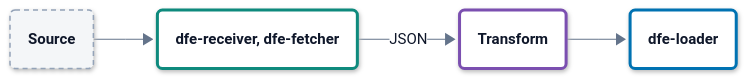
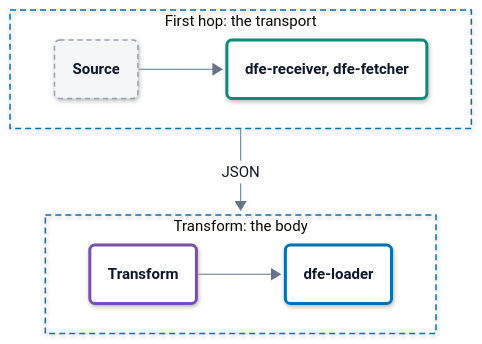
Before and after one commit to hyperi-io/dfe-infra: the diagram in docs/design-principles.md, drawn with Mermaid. The commit also changed other lines of this file and 17 other files, not shown here.

First line of the commit message:
docs(architecture): map suite in architecture.md and fit charts to 860 px (#1152)

````diff
--- a/docs/design-principles.md
+++ b/docs/design-principles.md
@@ -52,75 +52,80 @@
 ```mermaid
 ---
 config:
   theme: base
   look: neo
   fontFamily: Inter, -apple-system, Segoe UI, Roboto, Helvetica, Arial, sans-serif
   flowchart:
     curve: linear
     nodeSpacing: 40
     rankSpacing: 64
     padding: 18
     wrappingWidth: 280
     htmlLabels: true
   elk:
     preset: modelOrder
   themeVariables:
     fontSize: 15px
     lineColor: "#64748B"
     primaryTextColor: "#0F172A"
     clusterBorder: "#0072B2"
     edgeLabelBackground: "#FFFFFF"
   themeCSS: >-
     p{margin:0}
     .node[data-look] rect,.node[data-look] path,.node[data-look] polygon,.node[data-look] .outer-path{filter:drop-shadow(0 1px 2px rgba(15,23,42,.10)) drop-shadow(0 6px 14px rgba(15,23,42,.10))}
     .node rect{rx:10px;ry:10px}
     .cluster rect{rx:16px;ry:16px}
     .node .label div{min-width:150px}
     .node.decision .label div{min-width:0}
     .cluster[data-look] rect{filter:none}
     .nodeLabel{line-height:1.35}
     .nodeLabel b{font-weight:600;font-size:15px;letter-spacing:-0.01em}
     .nodeLabel span{font-size:12.5px;font-weight:400;color:#334155}
     .cluster-label span.nodeLabel{display:inline-block;background:#FFFFFF;color:#0B2A3F;border:1.5px solid #0072B2;border-radius:999px;padding:2px 12px;font-size:11.5px;font-weight:700;letter-spacing:.09em;text-transform:uppercase}
     .flowchart-link{stroke-width:1.75px}
     .labelBkg{background:transparent!important}
     span.edgeLabel{display:inline-block;background:#FFFFFF!important;color:#1E293B;border:1px solid #94A3B8;border-radius:999px;padding:2px 10px;font-size:12px;font-weight:500}
     span.edgeLabel p{background:transparent!important}
     .label-icon{width:20px;height:20px;vertical-align:-4px;margin-right:6px}
     .ingest .label-icon{color:#0E8A7D}
     .xform .label-icon{color:#7B4FB0}
     .load .label-icon{color:#0072B2}
     .bus .label-icon{color:#A8517F}
     .store .label-icon{color:#00785A}
     .ui .label-icon{color:#D9480F}
     .ext .label-icon{color:#64748B}
 ---
-flowchart LR
+flowchart TB
     accTitle: L4 Detail -- Where parsing happens
     accDescr: A source sends to dfe-receiver or dfe-fetcher, which parse the transport layer and emit JSON with the payload in message beside the header fields. A transform parses the message body, and dfe-loader writes the result.
-
-    source("<b>Source</b>")
-    edge("<b>dfe-receiver, dfe-fetcher</b>")
-    transform("<b>Transform</b>")
-    loader("<b>dfe-loader</b>")
-
-    source --> edge
-    edge -->|JSON| transform
-    transform --> loader
-
+    subgraph hop["First hop: the transport"]
+        direction LR
+        source("<b>Source</b>")
+        edge("<b>dfe-receiver, dfe-fetcher</b>")
+        source --> edge
+    end
+    subgraph body["Transform: the body"]
+        direction LR
+        transform("<b>Transform</b>")
+        loader("<b>dfe-loader</b>")
+        transform --> loader
+    end
+    hop -->|JSON| body
     class source ext
     class edge ingest
     class transform xform
     class loader load
   classDef ext fill:#F4F6F8,stroke:#94A3B8,stroke-width:1.5px,stroke-dasharray:5 4,color:#0F172A
   classDef ingest fill:#FFFFFF,stroke:#0E8A7D,stroke-width:3px,color:#0F172A
   classDef xform fill:#FFFFFF,stroke:#7B4FB0,stroke-width:3px,color:#0F172A
   classDef load fill:#FFFFFF,stroke:#0072B2,stroke-width:3px,color:#0F172A
   classDef bus fill:#FFFFFF,stroke:#A8517F,stroke-width:3px,color:#0F172A
   classDef store fill:#FFFFFF,stroke:#00785A,stroke-width:3px,color:#0F172A
   classDef ui fill:#FFFFFF,stroke:#D9480F,stroke-width:3px,color:#0F172A
   classDef decision fill:#FFFFFF,stroke:#9A6700,stroke-width:3px,color:#0F172A
   classDef error fill:#FFFFFF,stroke:#C2410C,stroke-width:3px,color:#0F172A
   classDef control fill:#FFFFFF,stroke:#334155,stroke-width:3px,color:#0F172A
   classDef part fill:#FFFFFF,stroke:#94A3B8,stroke-width:1.5px,color:#0F172A
+  style hop fill:none,stroke:#0072B2,stroke-width:1.5px,stroke-dasharray:6 4
+  style body fill:none,stroke:#0072B2,stroke-width:1.5px,stroke-dasharray:6 4
 ```
````
